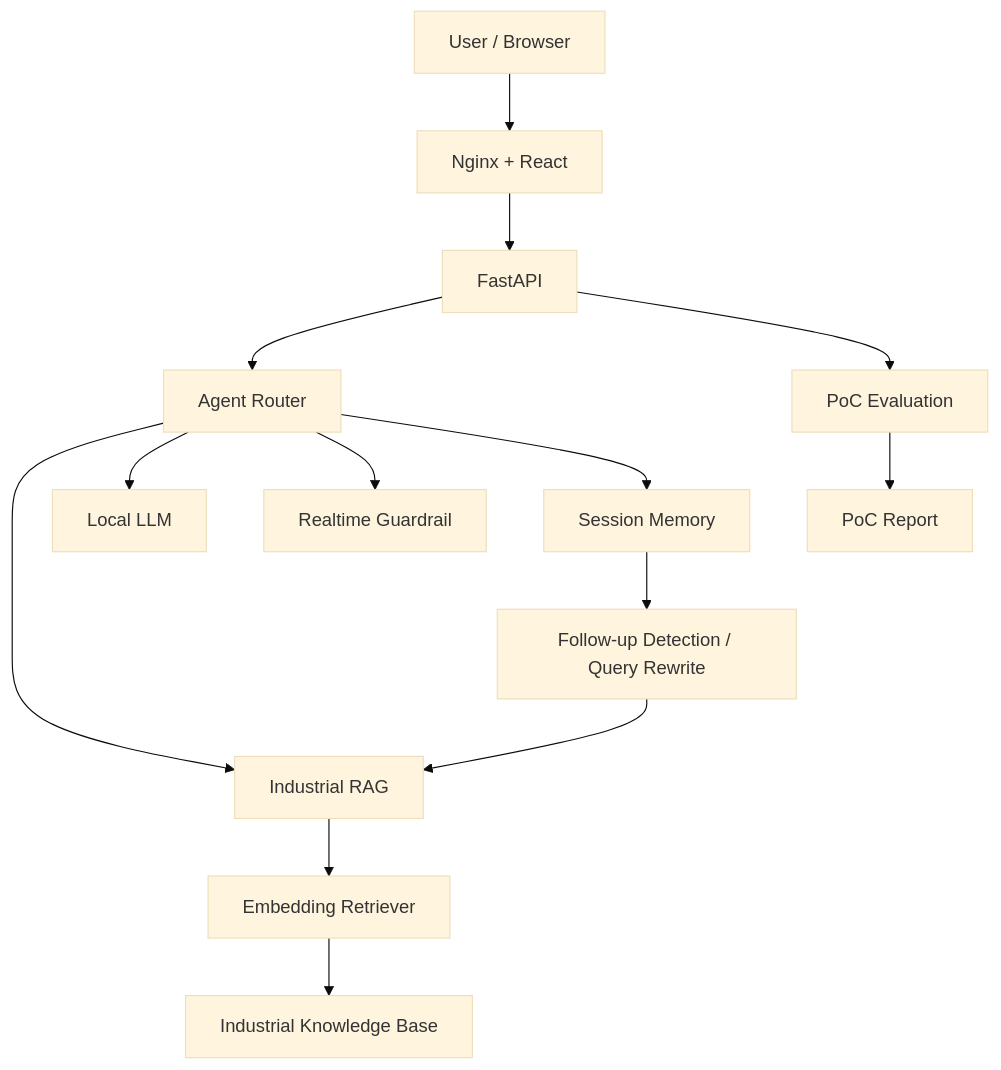
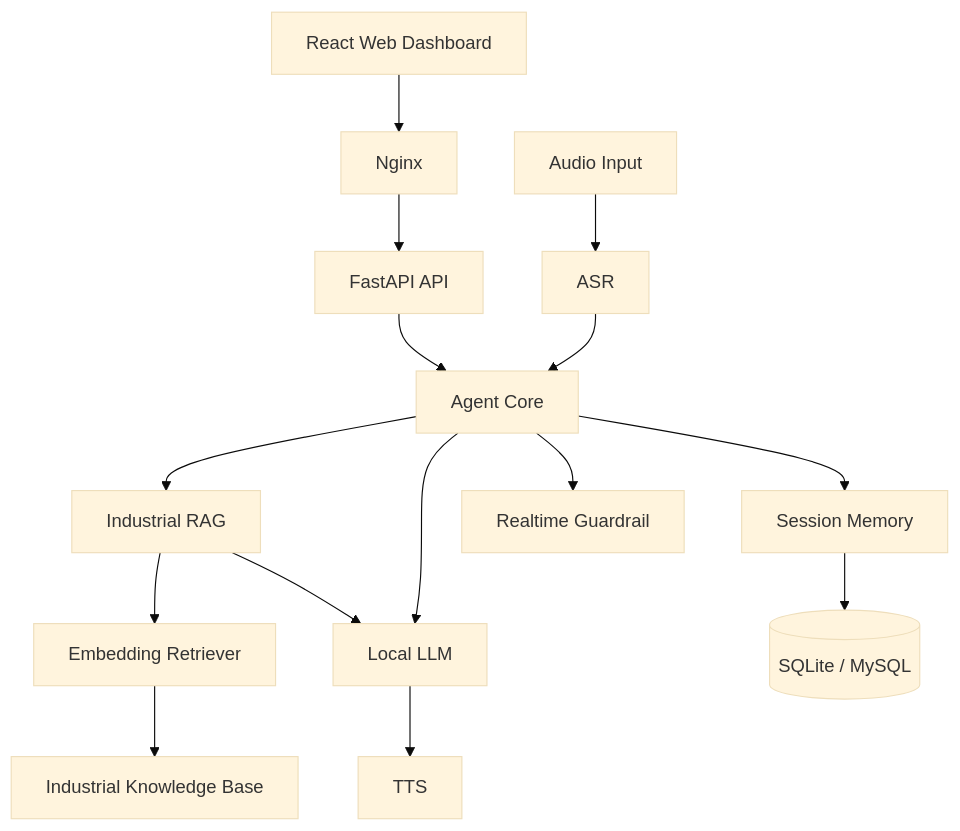
The diagram in README.md (Sam-Ice-MIAO/EdgeTalk-AI-Assistant), drawn with Mermaid (base theme) before and after one commit. The commit also changed other lines of this file, not shown here.

````diff
--- a/README.md
+++ b/README.md
@@ -65,22 +163,23 @@
 ```mermaid
 flowchart TD
+    A[React Web Dashboard] --> B[Nginx]
+    B --> C[FastAPI API]
 
-    U[User / Browser] --> N[Nginx + React]
-    N --> API[FastAPI]
+    C --> D[Agent Core]
 
-    API --> A[Agent Router]
+    D --> E[Industrial RAG]
+    D --> F[Local LLM]
+    D --> G[Realtime Guardrail]
+    D --> H[Session Memory]
 
-    A --> R[Industrial RAG]
-    A --> L[Local LLM]
-    A --> G[Realtime Guardrail]
+    E --> I[Embedding Retriever]
+    I --> J[Industrial Knowledge Base]
 
-    R --> E[Embedding Retriever]
-    E --> K[Industrial Knowledge Base]
+    H --> K[(SQLite / MySQL)]
 
-    A --> M[Session Memory]
-    M --> Q[Follow-up Detection / Query Rewrite]
-    Q --> R
+    E --> F
 
-    API --> EV[PoC Evaluation]
-    EV --> RP[PoC Report]
+    L[Audio Input] --> M[ASR]
+    M --> D
+    F --> N[TTS]
 ```
````
